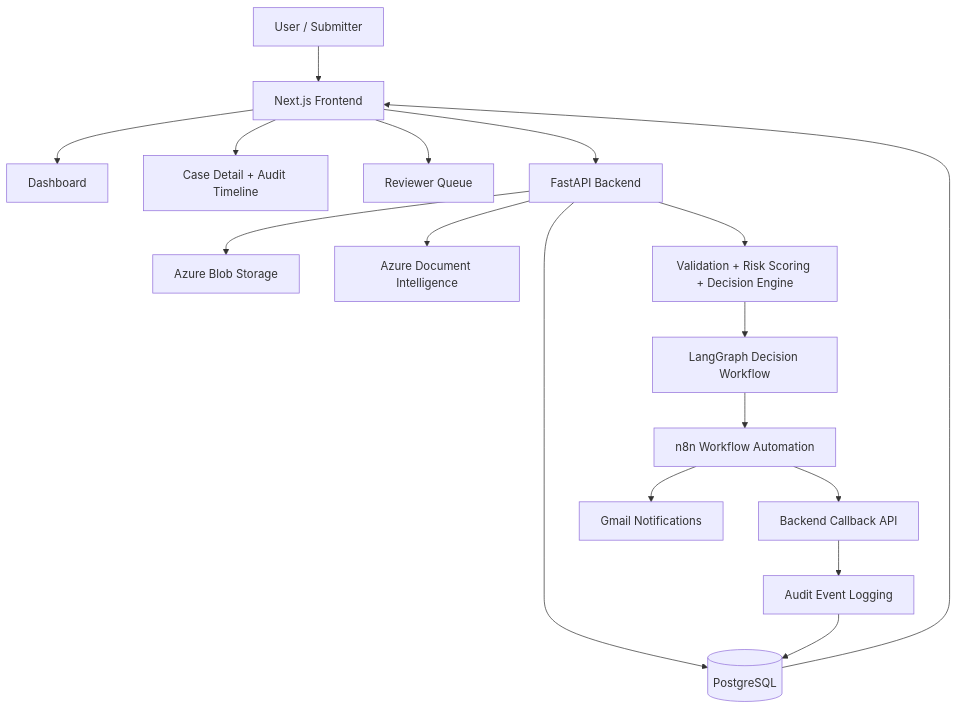
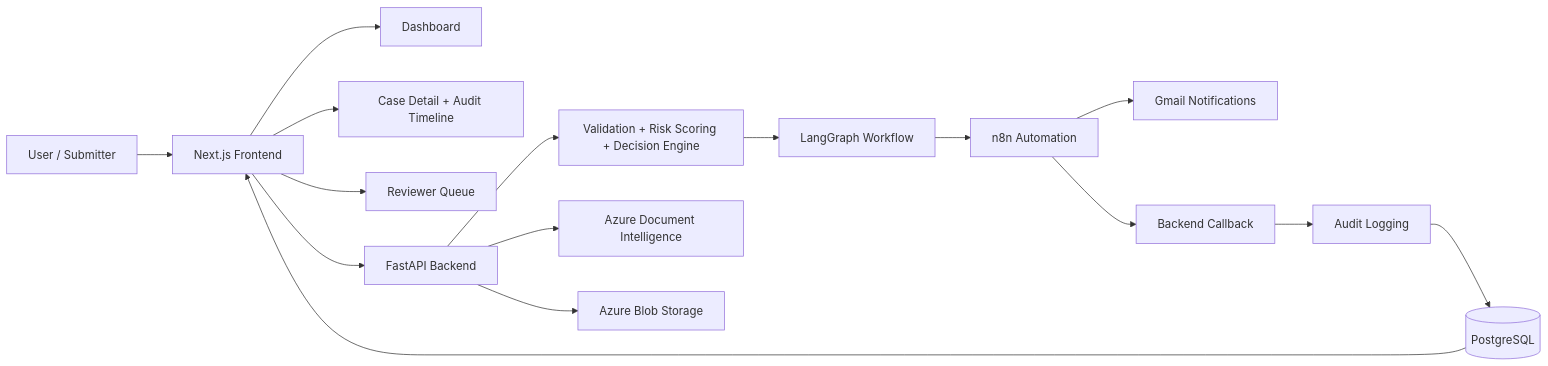
Before and after one commit to shaunharlis77-hash/autonomous-finance-ops-copilot: the first of 2 diagrams in README.md, drawn with Mermaid.

Commit message:
update architecture workflow

````diff
--- a/README.md
+++ b/README.md
@@ -22,27 +22,26 @@
 ```mermaid
-flowchart TD
+flowchart LR
     U[User / Submitter] --> FE[Next.js Frontend]
 
     FE --> DASH[Dashboard]
     FE --> CASES[Case Detail + Audit Timeline]
     FE --> REVIEWS[Reviewer Queue]
 
     FE --> API[FastAPI Backend]
 
+    API --> ENGINE[Validation + Risk Scoring + Decision Engine]
+    ENGINE --> GRAPH[LangGraph Workflow]
+
+    API --> DI[Azure Document Intelligence]
     API --> BLOB[Azure Blob Storage]
-    API --> DI[Azure Document Intelligence]
-    API --> DB[(PostgreSQL)]
 
-    API --> ENGINE[Validation + Risk Scoring + Decision Engine]
-    ENGINE --> GRAPH[LangGraph Decision Workflow]
-
-    GRAPH --> N8N[n8n Workflow Automation]
+    GRAPH --> N8N[n8n Automation]
 
     N8N --> EMAIL[Gmail Notifications]
-    N8N --> CALLBACK[Backend Callback API]
+    N8N --> CALLBACK[Backend Callback]
 
-    CALLBACK --> AUDIT[Audit Event Logging]
-    AUDIT --> DB
+    CALLBACK --> AUDIT[Audit Logging]
+    AUDIT --> DB[(PostgreSQL)]
 
     DB --> FE
 ```
````
